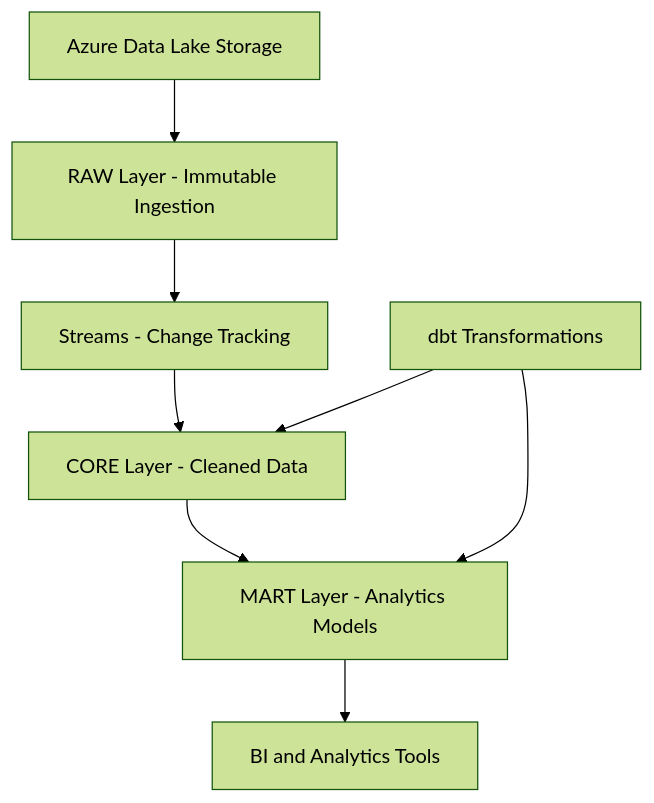
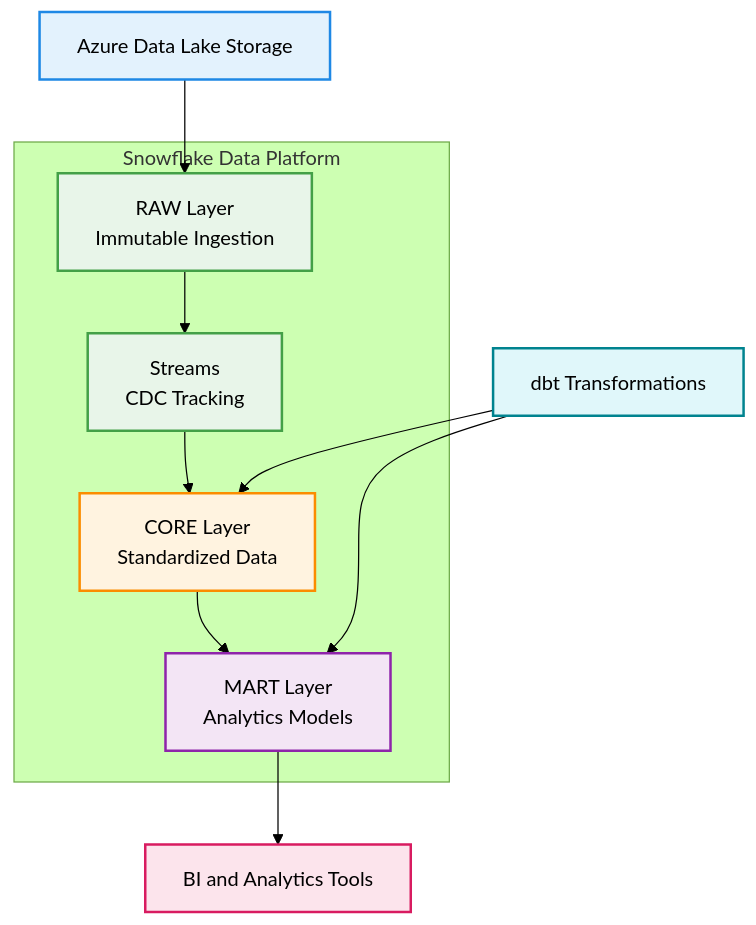
One commit to adityadaptardar/Snowflake-Movie-Platform changed the diagram in 01_architecture/platform_architecture.mmd. Above: the diagram before and after it, drawn with Mermaid (forest theme).

```diff
--- a/01_architecture/platform_architecture.mmd
+++ b/01_architecture/platform_architecture.mmd
@@ -1,20 +1,46 @@
 flowchart TD
 
+%% ===== External =====
 ADLS[Azure Data Lake Storage]
 
-RAW[RAW Layer - Immutable Ingestion]
-STR[Streams - Change Tracking]
-CORE[CORE Layer - Cleaned Data]
-MART[MART Layer - Analytics Models]
+%% ===== Data Platform =====
+subgraph PLATFORM[Snowflake Data Platform]
 
+    RAW[RAW Layer<br/>Immutable Ingestion]
+    STR[Streams<br/>CDC Tracking]
+    CORE[CORE Layer<br/>Standardized Data]
+    MART[MART Layer<br/>Analytics Models]
+
+end
+
+%% ===== Orchestration =====
 DBT[dbt Transformations]
+
+%% ===== Consumers =====
 BI[BI and Analytics Tools]
 
+%% ===== Flow =====
 ADLS --> RAW
 RAW --> STR
 STR --> CORE
 CORE --> MART
 MART --> BI
 
 DBT --> CORE
 DBT --> MART
+
+%% ===== Styling =====
+classDef storage fill:#E3F2FD,stroke:#1E88E5,stroke-width:2;
+classDef raw fill:#E8F5E9,stroke:#43A047,stroke-width:2;
+classDef core fill:#FFF3E0,stroke:#FB8C00,stroke-width:2;
+classDef mart fill:#F3E5F5,stroke:#8E24AA,stroke-width:2;
+classDef orch fill:#E0F7FA,stroke:#00838F,stroke-width:2;
+classDef consumer fill:#FCE4EC,stroke:#D81B60,stroke-width:2;
+
+class ADLS storage;
+class RAW raw;
+class STR raw;
+class CORE core;
+class MART mart;
+class DBT orch;
+class BI consumer;
```
